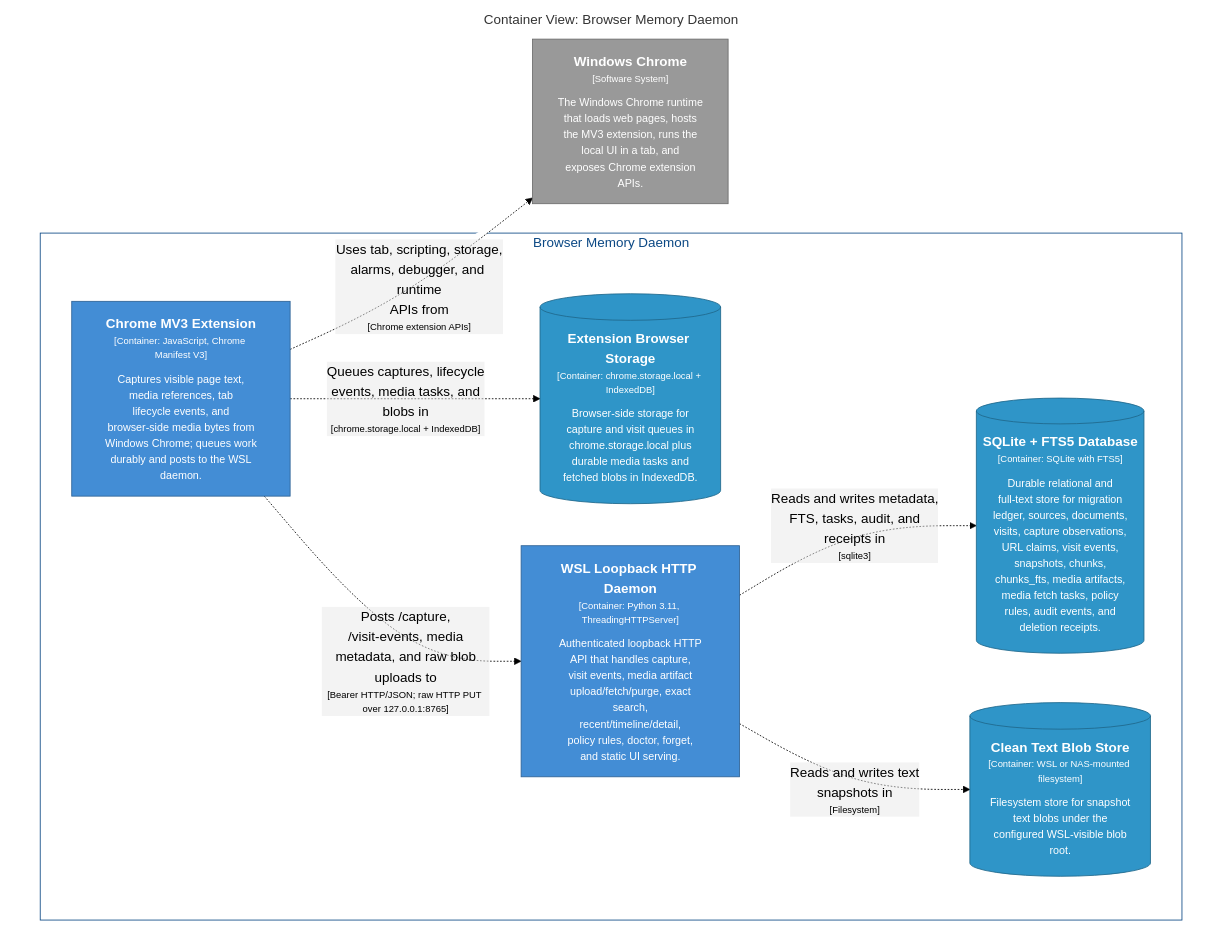
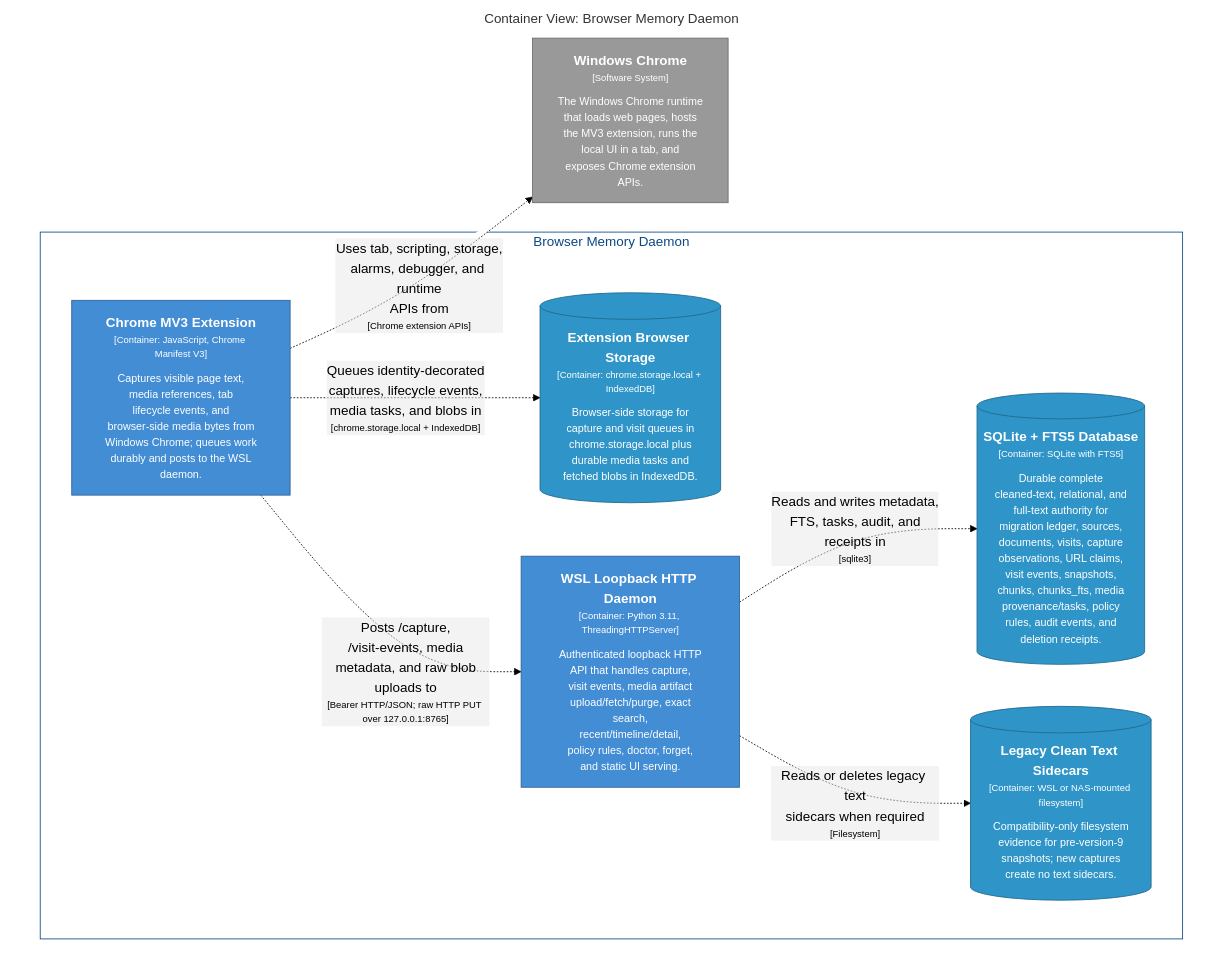
One commit to michaelnicks0/browser-memory-daemon changed the diagram in docs/architecture/diagrams/structurizr-CaptureContainers.mmd. Above: the diagram before and after it, drawn with Mermaid (forest theme). The commit also changed 196 other files, not shown here.

Commit message:
feat(storage): make SQLite authoritative for snapshot text

```diff
--- a/docs/architecture/diagrams/structurizr-CaptureContainers.mmd
+++ b/docs/architecture/diagrams/structurizr-CaptureContainers.mmd
@@ -1,31 +1,31 @@
 graph TB
   linkStyle default fill:#ffffff
 
   subgraph diagram ["Container View: Browser Memory Daemon"]
     style diagram fill:#ffffff,stroke:#ffffff
 
     2["<div style='font-weight: bold'>Windows Chrome</div><div style='font-size: 70%; margin-top: 0px'>[Software System]</div><div style='font-size: 80%; margin-top:10px'>The Windows Chrome runtime<br />that loads web pages, hosts<br />the MV3 extension, runs the<br />local UI in a tab, and<br />exposes Chrome extension<br />APIs.</div>"]
     style 2 fill:#999999,stroke:#6b6b6b,color:#ffffff
 
     subgraph 4 ["Browser Memory Daemon"]
       style 4 fill:#ffffff,stroke:#0b4884,color:#0b4884
 
       13[("<div style='font-weight: bold'>Extension Browser Storage</div><div style='font-size: 70%; margin-top: 0px'>[Container: chrome.storage.local + IndexedDB]</div><div style='font-size: 80%; margin-top:10px'>Browser-side storage for<br />capture and visit queues in<br />chrome.storage.local plus<br />durable media tasks and<br />fetched blobs in IndexedDB.</div>")]
       style 13 fill:#2f95c8,stroke:#20688c,color:#ffffff
       14["<div style='font-weight: bold'>WSL Loopback HTTP Daemon</div><div style='font-size: 70%; margin-top: 0px'>[Container: Python 3.11, ThreadingHTTPServer]</div><div style='font-size: 80%; margin-top:10px'>Authenticated loopback HTTP<br />API that handles capture,<br />visit events, media artifact<br />upload/fetch/purge, exact<br />search,<br />recent/timeline/detail,<br />policy rules, doctor, forget,<br />and static UI serving.</div>"]
       style 14 fill:#438dd5,stroke:#2e6295,color:#ffffff
-      28[("<div style='font-weight: bold'>SQLite + FTS5 Database</div><div style='font-size: 70%; margin-top: 0px'>[Container: SQLite with FTS5]</div><div style='font-size: 80%; margin-top:10px'>Durable relational and<br />full-text store for migration<br />ledger, sources, documents,<br />visits, capture observations,<br />URL claims, visit events,<br />snapshots, chunks,<br />chunks_fts, media artifacts,<br />media fetch tasks, policy<br />rules, audit events, and<br />deletion receipts.</div>")]
-      style 28 fill:#2f95c8,stroke:#20688c,color:#ffffff
-      29[("<div style='font-weight: bold'>Clean Text Blob Store</div><div style='font-size: 70%; margin-top: 0px'>[Container: WSL or NAS-mounted filesystem]</div><div style='font-size: 80%; margin-top:10px'>Filesystem store for snapshot<br />text blobs under the<br />configured WSL-visible blob<br />root.</div>")]
+      29[("<div style='font-weight: bold'>SQLite + FTS5 Database</div><div style='font-size: 70%; margin-top: 0px'>[Container: SQLite with FTS5]</div><div style='font-size: 80%; margin-top:10px'>Durable complete<br />cleaned-text, relational, and<br />full-text authority for<br />migration ledger, sources,<br />documents, visits, capture<br />observations, URL claims,<br />visit events, snapshots,<br />chunks, chunks_fts, media<br />provenance/tasks, policy<br />rules, audit events, and<br />deletion receipts.</div>")]
       style 29 fill:#2f95c8,stroke:#20688c,color:#ffffff
+      30[("<div style='font-weight: bold'>Legacy Clean Text Sidecars</div><div style='font-size: 70%; margin-top: 0px'>[Container: WSL or NAS-mounted filesystem]</div><div style='font-size: 80%; margin-top:10px'>Compatibility-only filesystem<br />evidence for pre-version-9<br />snapshots; new captures<br />create no text sidecars.</div>")]
+      style 30 fill:#2f95c8,stroke:#20688c,color:#ffffff
       5["<div style='font-weight: bold'>Chrome MV3 Extension</div><div style='font-size: 70%; margin-top: 0px'>[Container: JavaScript, Chrome Manifest V3]</div><div style='font-size: 80%; margin-top:10px'>Captures visible page text,<br />media references, tab<br />lifecycle events, and<br />browser-side media bytes from<br />Windows Chrome; queues work<br />durably and posts to the WSL<br />daemon.</div>"]
       style 5 fill:#438dd5,stroke:#2e6295,color:#ffffff
     end
 
     5-. "<div>Uses tab, scripting, storage,<br />alarms, debugger, and runtime<br />APIs from</div><div style='font-size: 70%'>[Chrome extension APIs]</div>" .->2
-    5-. "<div>Queues captures, lifecycle<br />events, media tasks, and<br />blobs in</div><div style='font-size: 70%'>[chrome.storage.local + IndexedDB]</div>" .->13
+    5-. "<div>Queues identity-decorated<br />captures, lifecycle events,<br />media tasks, and blobs in</div><div style='font-size: 70%'>[chrome.storage.local + IndexedDB]</div>" .->13
     5-. "<div>Posts /capture,<br />/visit-events, media<br />metadata, and raw blob<br />uploads to</div><div style='font-size: 70%'>[Bearer HTTP/JSON; raw HTTP PUT over 127.0.0.1:8765]</div>" .->14
-    14-. "<div>Reads and writes metadata,<br />FTS, tasks, audit, and<br />receipts in</div><div style='font-size: 70%'>[sqlite3]</div>" .->28
-    14-. "<div>Reads and writes text<br />snapshots in</div><div style='font-size: 70%'>[Filesystem]</div>" .->29
+    14-. "<div>Reads and writes metadata,<br />FTS, tasks, audit, and<br />receipts in</div><div style='font-size: 70%'>[sqlite3]</div>" .->29
+    14-. "<div>Reads or deletes legacy text<br />sidecars when required</div><div style='font-size: 70%'>[Filesystem]</div>" .->30
 
   end
```
